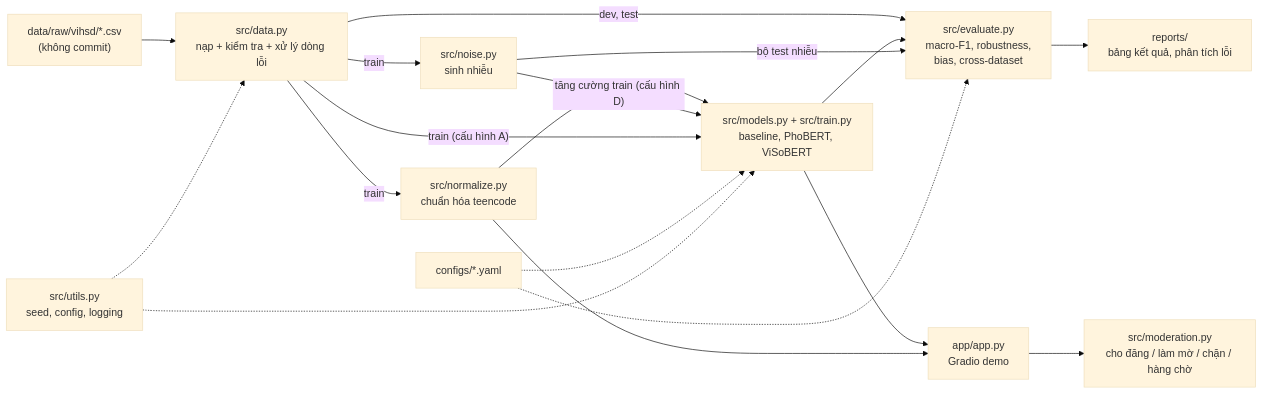
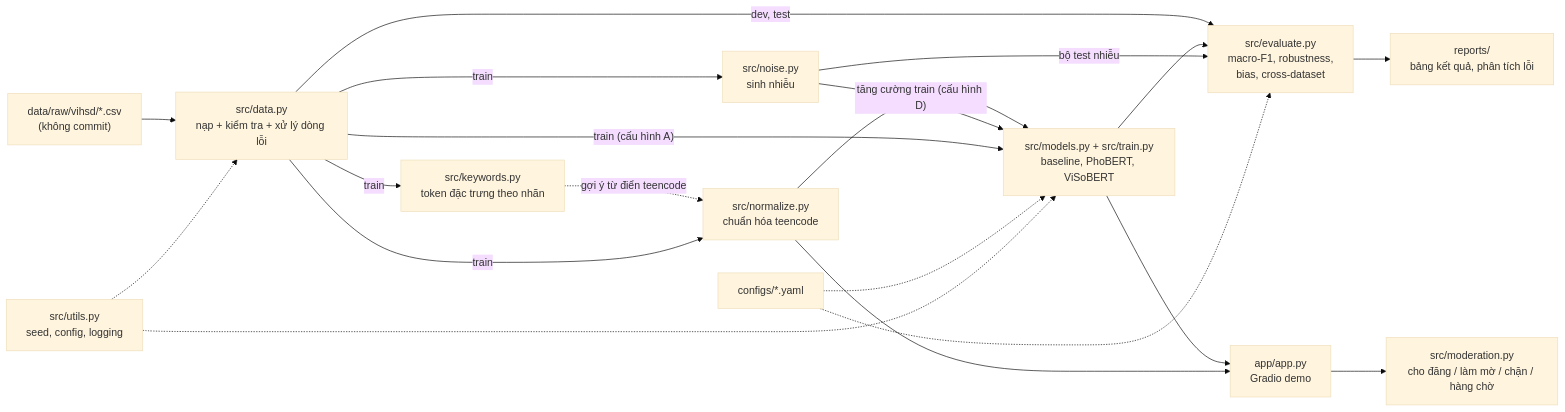
One commit to Dorayaki1201/Toxic-Comment-Classification changed the diagram in docs/architecture.md. Above: the diagram before and after it, drawn with Mermaid (base theme). The commit also changed other lines of this file and 3 other files, not shown here.

````diff
--- a/docs/architecture.md
+++ b/docs/architecture.md
@@ -7,20 +7,22 @@
 ```mermaid
 flowchart LR
     RAW["data/raw/vihsd/*.csv<br/>(không commit)"] --> DATA["src/data.py<br/>nạp + kiểm tra + xử lý dòng lỗi"]
+    DATA -->|train| KW["src/keywords.py<br/>token đặc trưng theo nhãn"]
+    KW -.->|"gợi ý từ điển teencode"| NORM
     DATA -->|train| NORM["src/normalize.py<br/>chuẩn hóa teencode"]
     DATA -->|train| NOISE["src/noise.py<br/>sinh nhiễu"]
     DATA -->|dev, test| EVAL["src/evaluate.py<br/>macro-F1, robustness,<br/>bias, cross-dataset"]
     NORM --> TRAIN["src/models.py + src/train.py<br/>baseline, PhoBERT, ViSoBERT"]
     NOISE -->|"tăng cường train (cấu hình D)"| TRAIN
     DATA -->|"train (cấu hình A)"| TRAIN
     TRAIN --> EVAL
     NOISE -->|"bộ test nhiễu"| EVAL
     EVAL --> REP["reports/<br/>bảng kết quả, phân tích lỗi"]
     TRAIN --> APP["app/app.py<br/>Gradio demo"]
     NORM --> APP
     APP --> MOD["src/moderation.py<br/>cho đăng / làm mờ / chặn / hàng chờ"]
     CFG["configs/*.yaml"] -.-> TRAIN
     CFG -.-> EVAL
     UTILS["src/utils.py<br/>seed, config, logging"] -.-> DATA
     UTILS -.-> TRAIN
 ```
````
